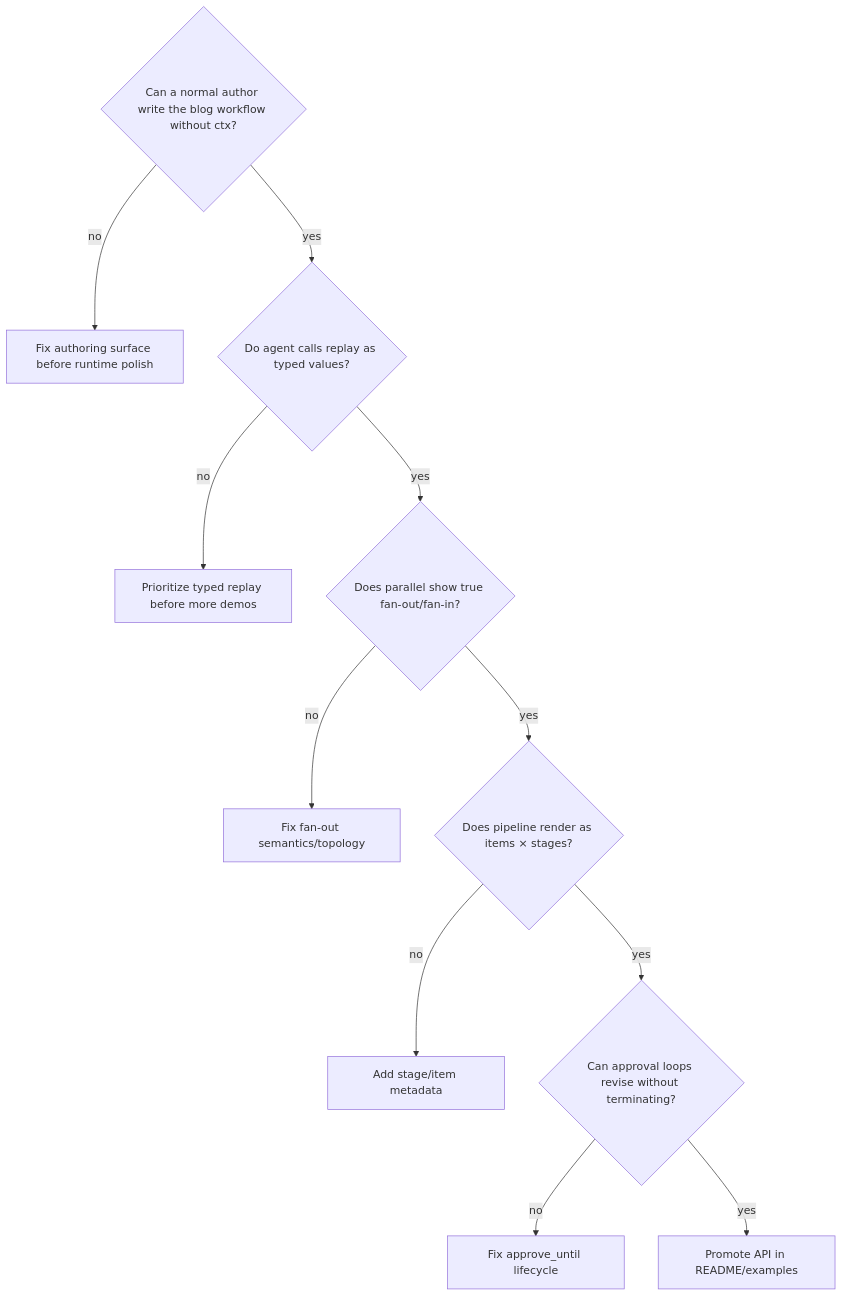
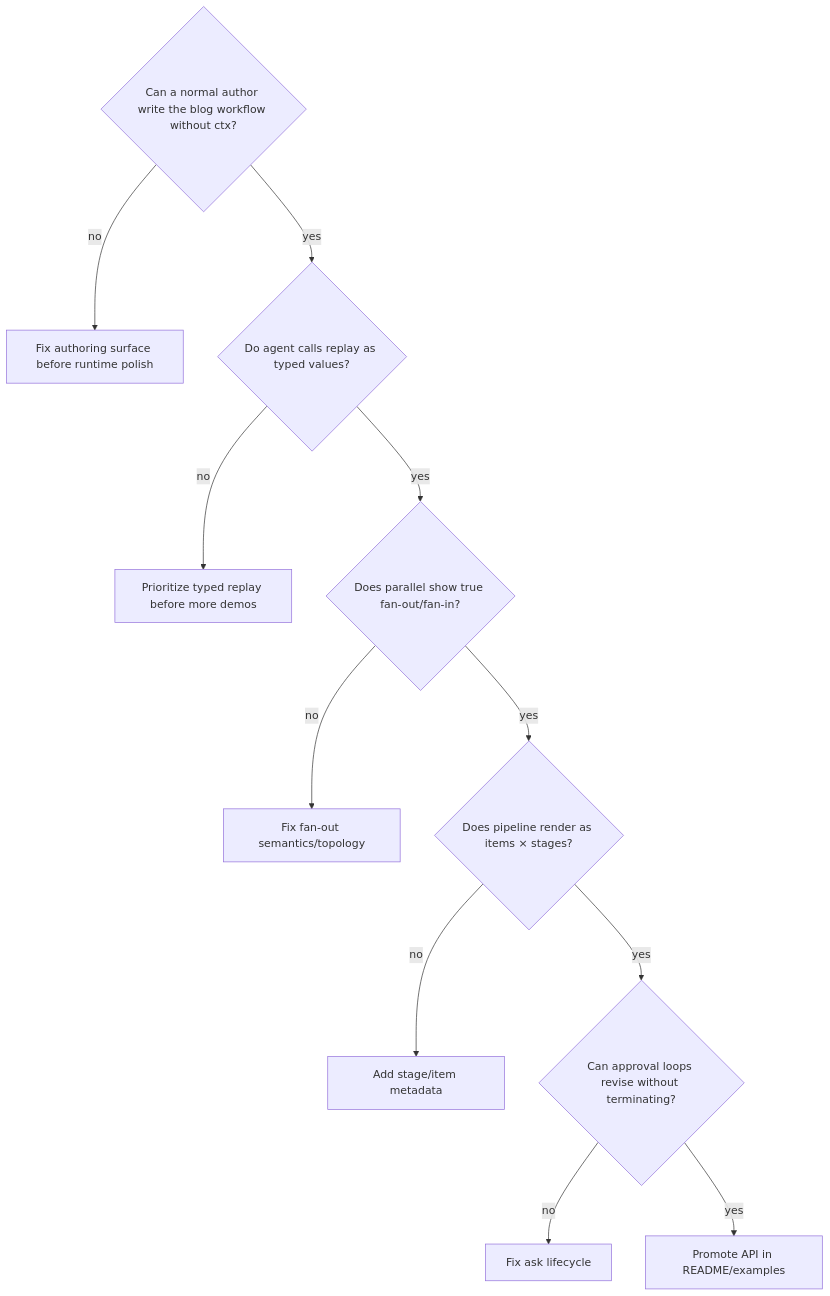
Diagram 12 of 13 in docs/plans/2026-06-12-agent-parallel-pipeline-api-visual-plan.md (skylarbpayne/hermes-workflows), drawn with Mermaid before and after one commit. The commit also changed other lines of this file and 5 other files, not shown here.

First line of the commit message:
Remove approve_until authoring surface

````diff
--- a/docs/plans/2026-06-12-agent-parallel-pipeline-api-visual-plan.md
+++ b/docs/plans/2026-06-12-agent-parallel-pipeline-api-visual-plan.md
@@ -446,14 +446,14 @@
 ```mermaid
 flowchart TD
     D0{"Can a normal author write the blog workflow without ctx?"}
     D0 -- no --> FixSurface["Fix authoring surface before runtime polish"]
     D0 -- yes --> D1{"Do agent calls replay as typed values?"}
     D1 -- no --> Typed["Prioritize typed replay before more demos"]
     D1 -- yes --> D2{"Does parallel show true fan-out/fan-in?"}
     D2 -- no --> Parallel["Fix fan-out semantics/topology"]
     D2 -- yes --> D3{"Does pipeline render as items × stages?"}
     D3 -- no --> Pipe["Add stage/item metadata"]
     D3 -- yes --> D4{"Can approval loops revise without terminating?"}
-    D4 -- no --> Approval["Fix approve_until lifecycle"]
+    D4 -- no --> Approval["Fix ask lifecycle"]
     D4 -- yes --> Ship["Promote API in README/examples"]
 ```
````
